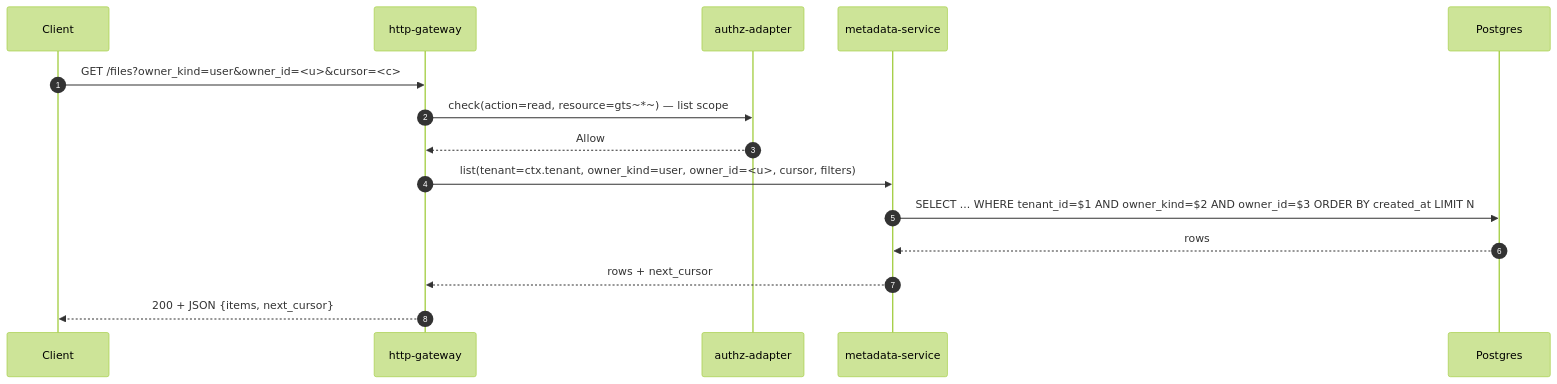
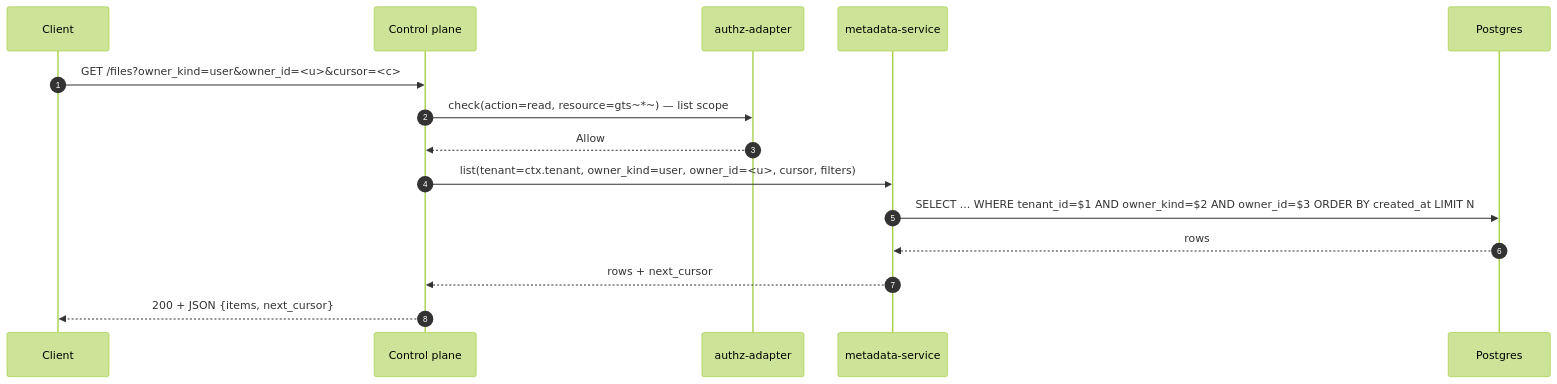
The eighth of 8 diagrams in gears/file-storage/docs/DESIGN.md (refur-nfn/gears-rust), drawn with Mermaid (forest theme) before and after one commit. The commit also changed other lines of this file and 6 other files, not shown here.

````diff
--- a/gears/file-storage/docs/DESIGN.md
+++ b/gears/file-storage/docs/DESIGN.md
@@ -840,18 +1021,18 @@
 ```mermaid
 sequenceDiagram
     autonumber
     participant C as Client
-    participant HGW as http-gateway
+    participant CTL as Control plane
     participant AZ as authz-adapter
     participant MS as metadata-service
     participant DB as Postgres
 
-    C->>HGW: GET /files?owner_kind=user&owner_id=<u>&cursor=<c>
-    HGW->>AZ: check(action=read, resource=gts~*~) — list scope
-    AZ-->>HGW: Allow
-    HGW->>MS: list(tenant=ctx.tenant, owner_kind=user, owner_id=<u>, cursor, filters)
+    C->>CTL: GET /files?owner_kind=user&owner_id=<u>&cursor=<c>
+    CTL->>AZ: check(action=read, resource=gts~*~) — list scope
+    AZ-->>CTL: Allow
+    CTL->>MS: list(tenant=ctx.tenant, owner_kind=user, owner_id=<u>, cursor, filters)
     MS->>DB: SELECT ... WHERE tenant_id=$1 AND owner_kind=$2 AND owner_id=$3 ORDER BY created_at LIMIT N
     DB-->>MS: rows
-    MS-->>HGW: rows + next_cursor
-    HGW-->>C: 200 + JSON {items, next_cursor}
+    MS-->>CTL: rows + next_cursor
+    CTL-->>C: 200 + JSON {items, next_cursor}
 ```
````
